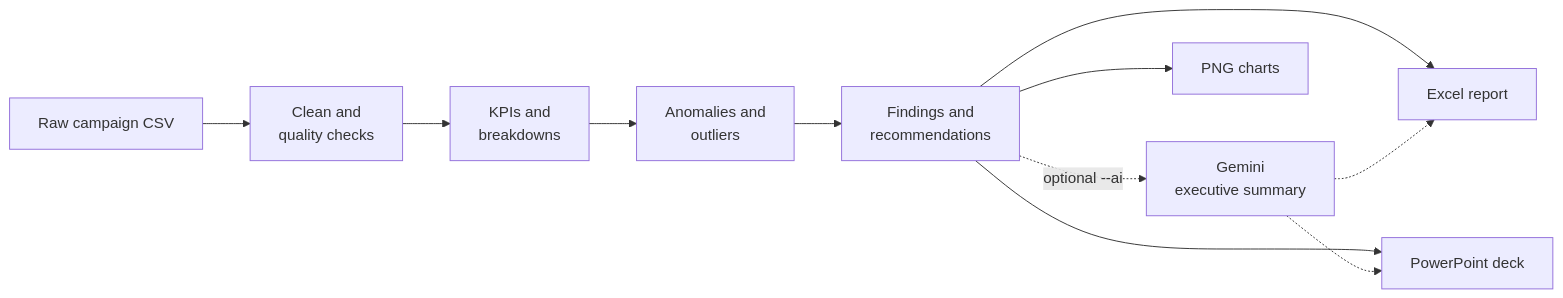
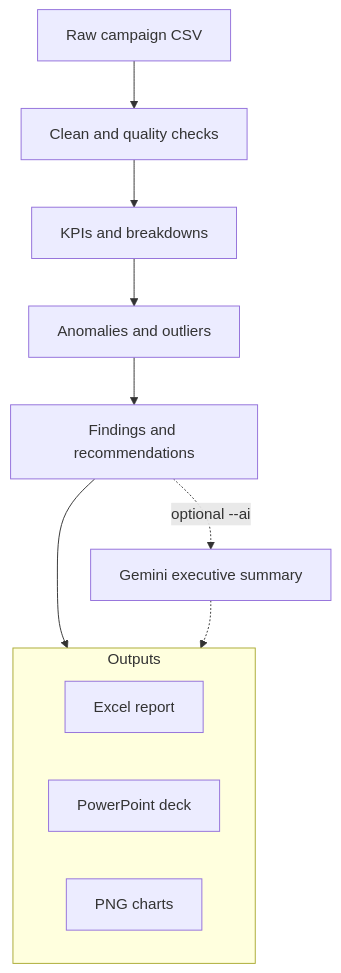
The diagram in README.md (hannah-susan123/digital-performance-reporter), drawn with Mermaid before and after one commit.

Commit message:
Tidy README flow diagram

````diff
--- a/README.md
+++ b/README.md
@@ -27,13 +27,16 @@
 ```mermaid
-flowchart LR
-    A[Raw campaign CSV] --> B[Clean and<br/>quality checks]
-    B --> C[KPIs and<br/>breakdowns]
-    C --> D[Anomalies and<br/>outliers]
-    D --> E[Findings and<br/>recommendations]
-    E -. optional --ai .-> F[Gemini<br/>executive summary]
-    E --> G[Excel report]
-    E --> H[PowerPoint deck]
-    E --> I[PNG charts]
-    F -.-> G
-    F -.-> H
+flowchart TD
+    A[Raw campaign CSV] --> B[Clean and quality checks]
+    B --> C[KPIs and breakdowns]
+    C --> D[Anomalies and outliers]
+    D --> E[Findings and recommendations]
+    E -. optional --ai .-> F[Gemini executive summary]
+    E --> OUT
+    F -.-> OUT
+    subgraph OUT[Outputs]
+        direction LR
+        G[Excel report]
+        H[PowerPoint deck]
+        I[PNG charts]
+    end
 ```
````
